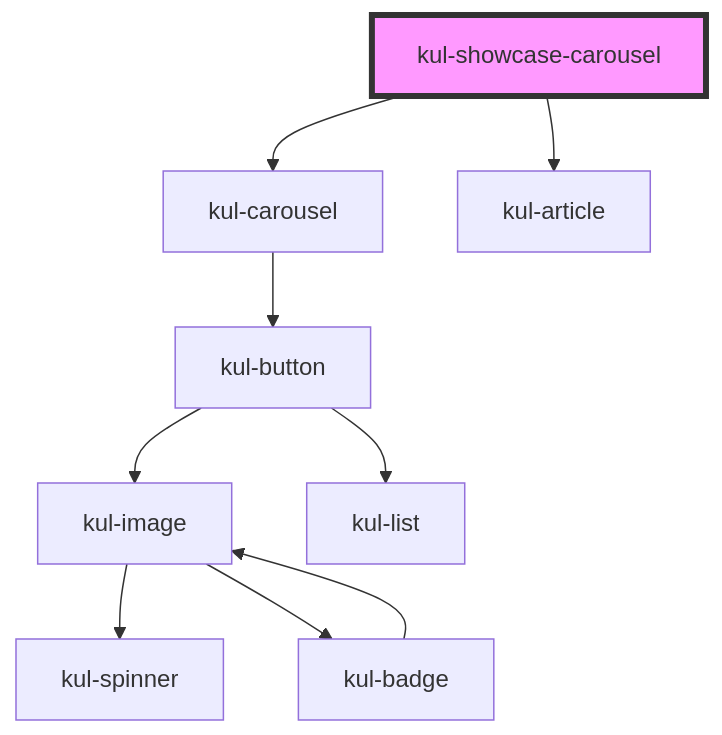
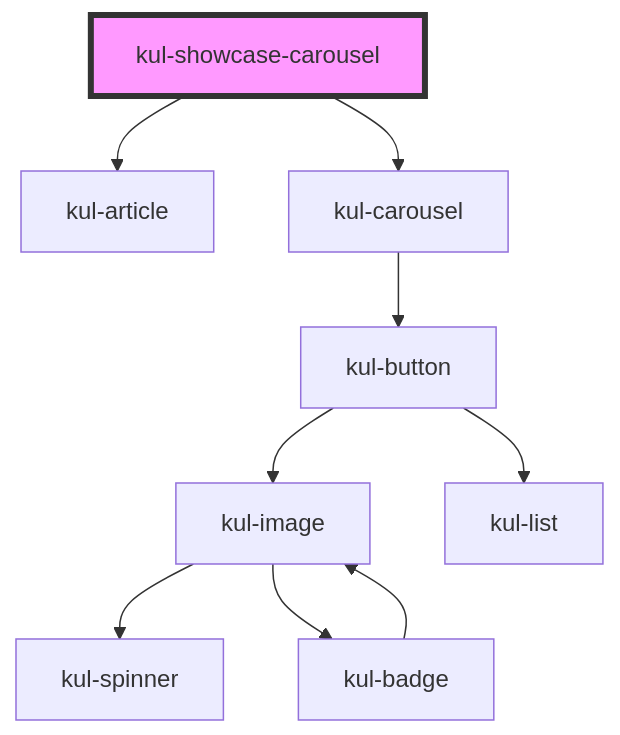
The diagram in packages/ketchup-lite/src/components/kul-showcase/components/carousel/readme.md (lucafoscili/ketchup-lite), drawn with Mermaid before and after one commit. The commit also changed other lines of this file and 46 other files, not shown here.

````diff
--- a/packages/ketchup-lite/src/components/kul-showcase/components/carousel/readme.md
+++ b/packages/ketchup-lite/src/components/kul-showcase/components/carousel/readme.md
@@ -27,12 +24,12 @@
 ```mermaid
 graph TD;
+  kul-showcase-carousel --> kul-article
   kul-showcase-carousel --> kul-carousel
-  kul-showcase-carousel --> kul-article
   kul-carousel --> kul-button
   kul-button --> kul-image
   kul-button --> kul-list
   kul-image --> kul-spinner
   kul-image --> kul-badge
   kul-badge --> kul-image
   style kul-showcase-carousel fill:#f9f,stroke:#333,stroke-width:4px
 ```
````
